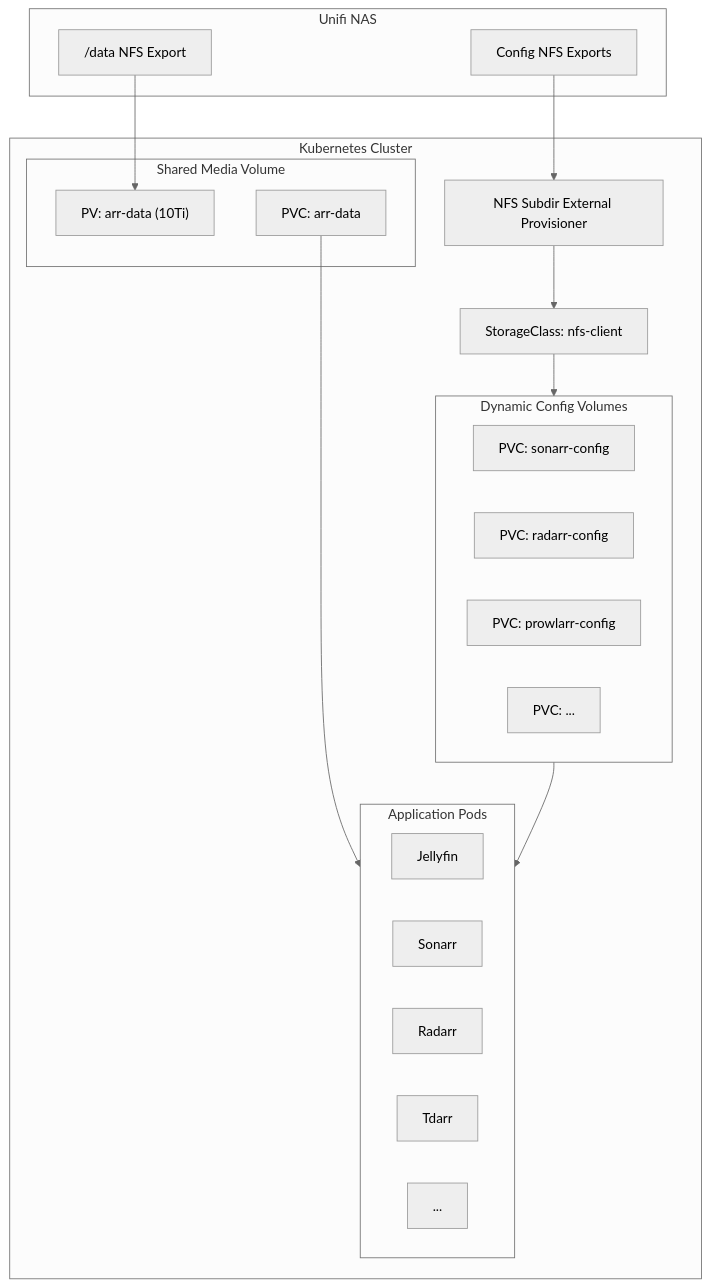
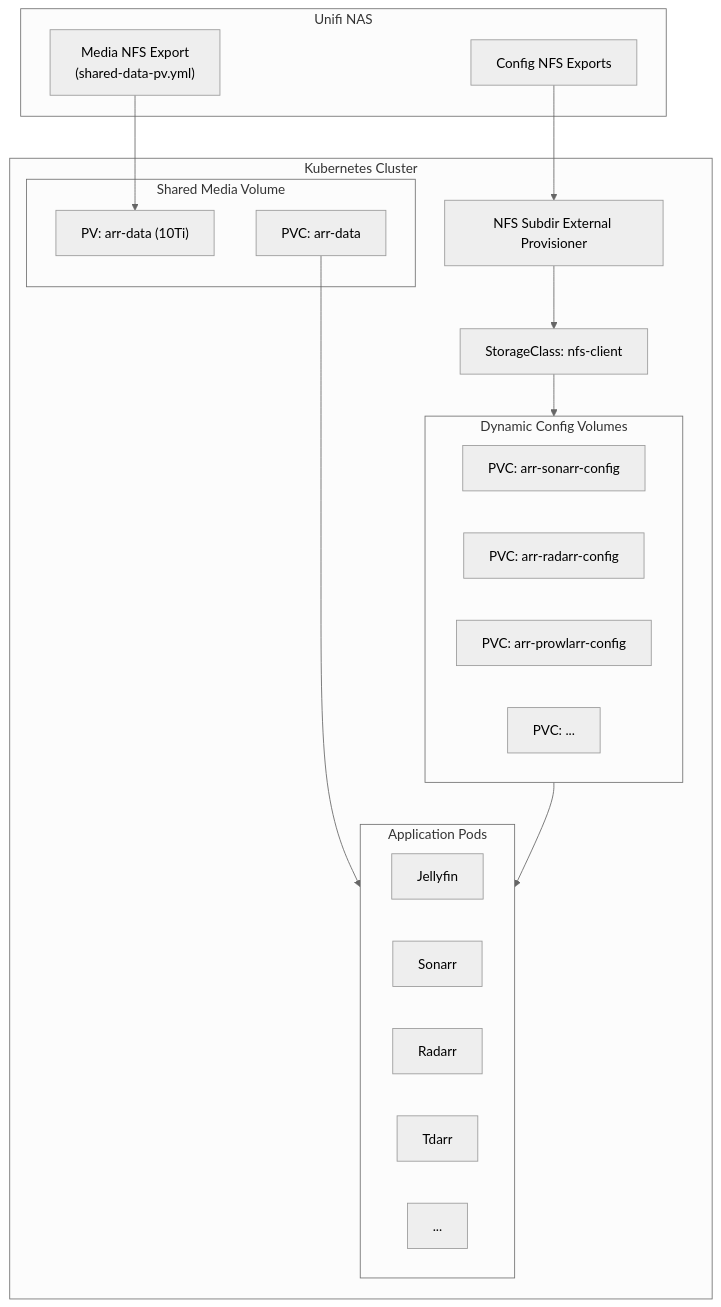
The diagram in docs/architecture/storage.md (kyleseneker/homelab), drawn with Mermaid (neutral theme) before and after one commit. The commit also changed other lines of this file and 25 other files, not shown here.

````diff
--- a/docs/architecture/storage.md
+++ b/docs/architecture/storage.md
@@ -7,39 +7,39 @@
 ```mermaid
 flowchart TD
     subgraph nas["Unifi NAS"]
-        nfsExport["/data NFS Export"]
+        nfsExport["Media NFS Export\n(shared-data-pv.yml)"]
         configExport["Config NFS Exports"]
     end
 
     subgraph k8sCluster["Kubernetes Cluster"]
         nfsProv["NFS Subdir External Provisioner"]
         scNfsClient["StorageClass: nfs-client"]
 
         subgraph sharedVol["Shared Media Volume"]
             arrPV["PV: arr-data (10Ti)"]
             arrPVC["PVC: arr-data"]
         end
 
         subgraph dynamicVols["Dynamic Config Volumes"]
-            sonarrPVC["PVC: sonarr-config"]
-            radarrPVC["PVC: radarr-config"]
-            prowlarrPVC["PVC: prowlarr-config"]
+            sonarrPVC["PVC: arr-sonarr-config"]
+            radarrPVC["PVC: arr-radarr-config"]
+            prowlarrPVC["PVC: arr-prowlarr-config"]
             otherPVC["PVC: ..."]
         end
 
         subgraph appPods["Application Pods"]
             jellyfin["Jellyfin"]
             sonarr["Sonarr"]
             radarr["Radarr"]
             tdarr["Tdarr"]
             otherApps["..."]
         end
     end
 
     nfsExport --> arrPV
     configExport --> nfsProv
     nfsProv --> scNfsClient
     scNfsClient --> dynamicVols
     arrPVC --> appPods
     dynamicVols --> appPods
 ```
````
